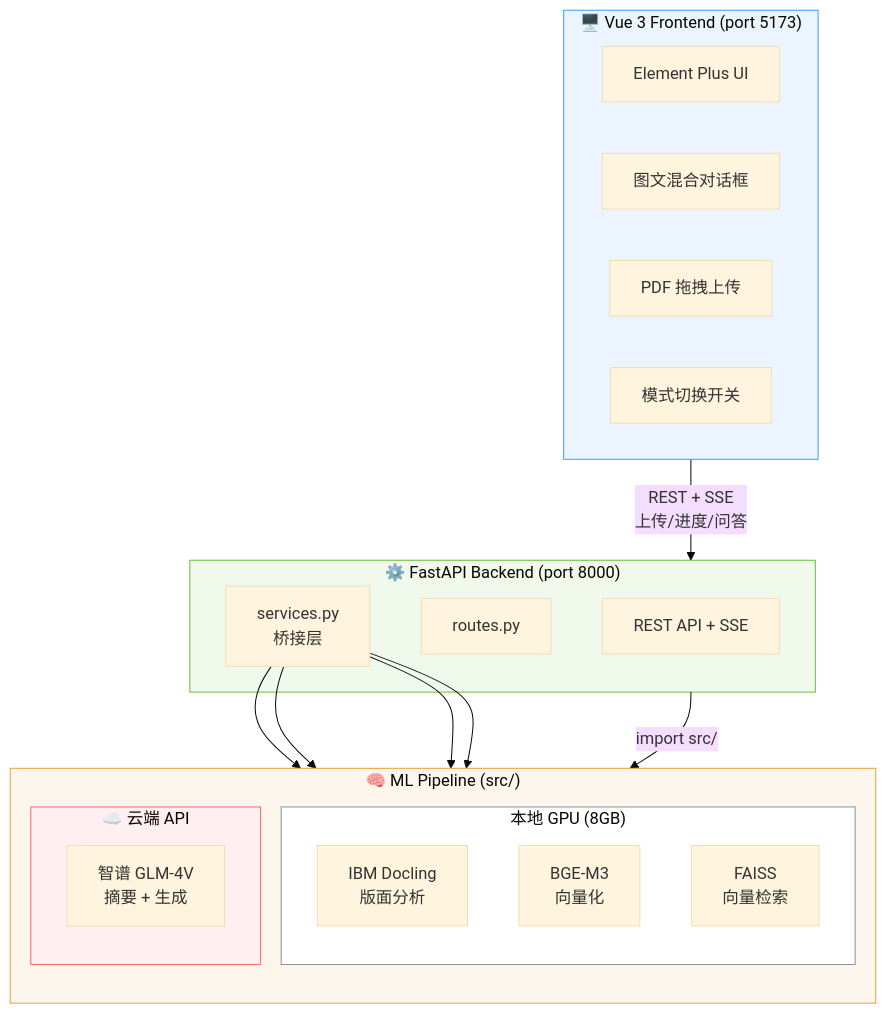
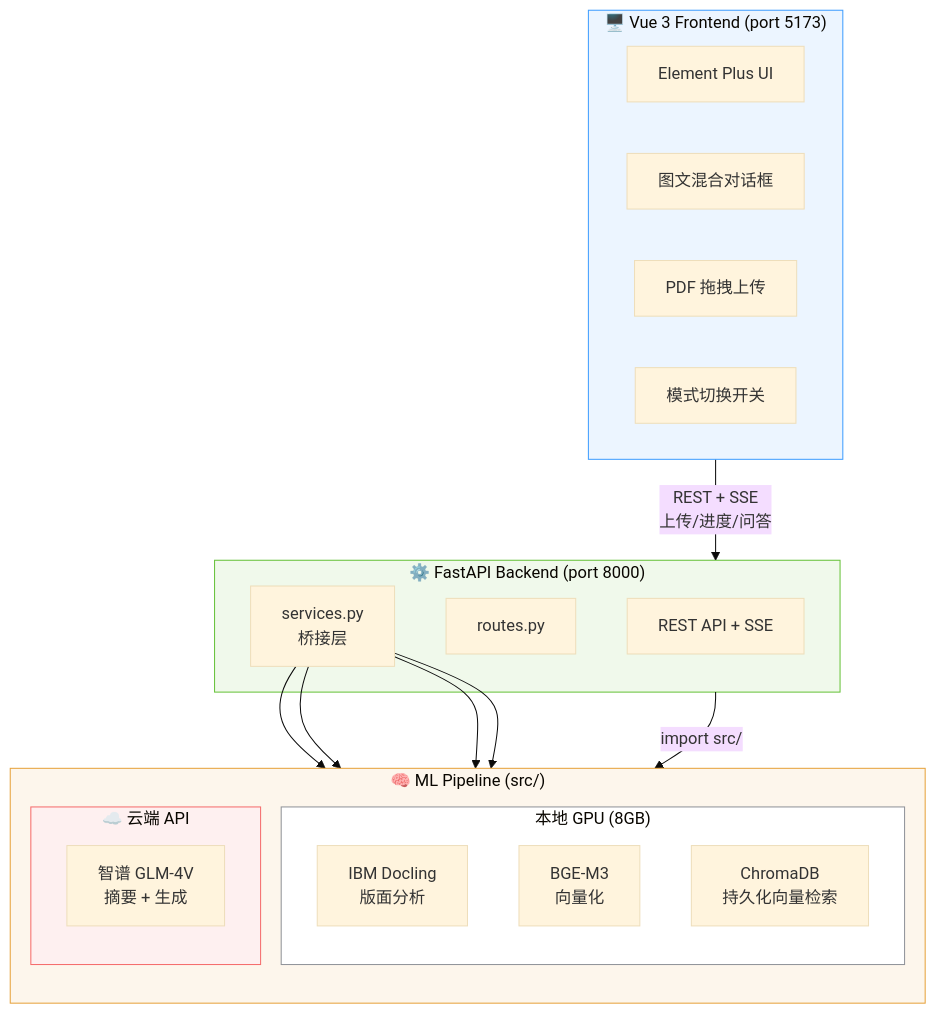
One commit to ZhuangShiHao1207/MultimodalQA changed the first of 3 diagrams in README.md. Above: the diagram before and after it, drawn with Mermaid (base theme). The commit also changed other lines of this file and 1 other file, not shown here.

````diff
--- a/README.md
+++ b/README.md
@@ -13,40 +93,40 @@
 ```mermaid
 graph TB
     subgraph Frontend["🖥️ Vue 3 Frontend (port 5173)"]
         UI[Element Plus UI]
         Chat[图文混合对话框]
         Upload[PDF 拖拽上传]
         Toggle[模式切换开关]
     end
 
     subgraph Backend["⚙️ FastAPI Backend (port 8000)"]
         API[REST API + SSE]
         Routes[routes.py]
         Services[services.py<br/>桥接层]
     end
 
     subgraph Pipeline["🧠 ML Pipeline (src/)"]
         direction TB
         subgraph Local["本地 GPU (8GB)"]
             Docling[IBM Docling<br/>版面分析]
             BGE[BGE-M3<br/>向量化]
-            FAISS[FAISS<br/>向量检索]
+            ChromaDB[ChromaDB<br/>持久化向量检索]
         end
         subgraph Cloud["☁️ 云端 API"]
             GLM[智谱 GLM-4V<br/>摘要 + 生成]
         end
     end
 
     Frontend -->|"REST + SSE<br/>上传/进度/问答"| Backend
     Backend -->|"import src/"| Pipeline
     Services --> Docling
     Services --> BGE
-    Services --> FAISS
+    Services --> ChromaDB
     Services --> GLM
 
     style Frontend fill:#ecf5ff,stroke:#409eff
     style Backend fill:#f0f9eb,stroke:#67c23a
     style Pipeline fill:#fdf6ec,stroke:#e6a23c
     style Local fill:#fff,stroke:#909399
     style Cloud fill:#fef0f0,stroke:#f56c6c
 ```
````
